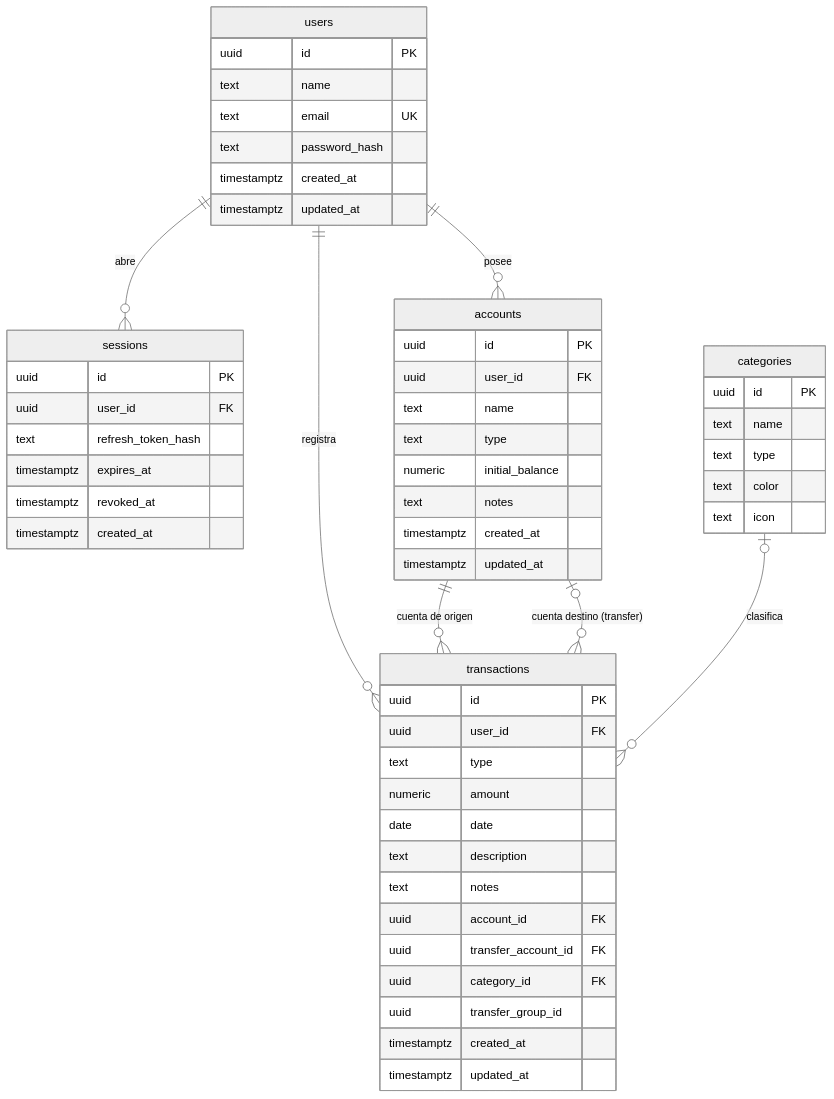
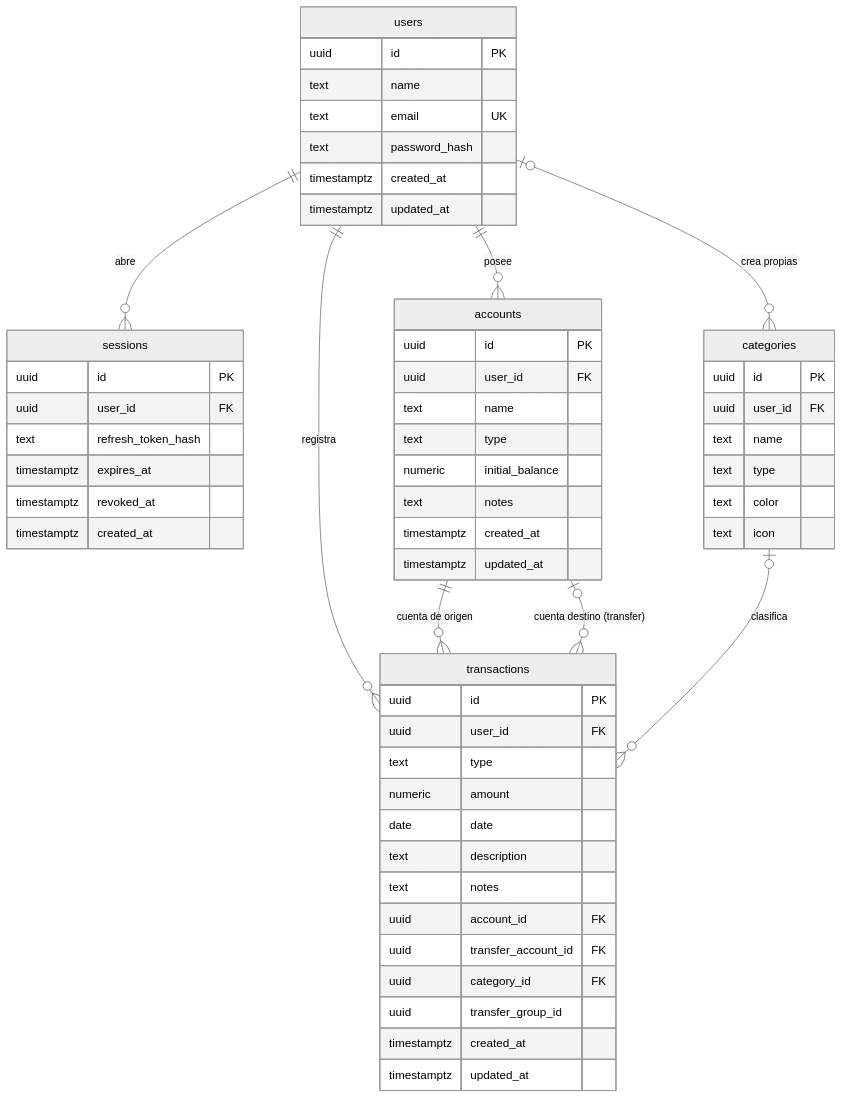
The diagram in docs/architecture/der.md (thomasbarenghi/atlas-finance-unahur), drawn with Mermaid (neutral theme) before and after one commit. The commit also changed other lines of this file and 244 other files, not shown here.

First line of the commit message:
refactor(client,api,docs): colocate route components and add user categories

````diff
--- a/docs/architecture/der.md
+++ b/docs/architecture/der.md
@@ -9,62 +9,64 @@
 ```mermaid
 erDiagram
   users ||--o{ sessions : "abre"
   users ||--o{ accounts : "posee"
   users ||--o{ transactions : "registra"
   accounts ||--o{ transactions : "cuenta de origen"
   accounts |o--o{ transactions : "cuenta destino (transfer)"
+  users |o--o{ categories : "crea propias"
   categories |o--o{ transactions : "clasifica"
 
   users {
     uuid id PK
     text name
     text email UK
     text password_hash
     timestamptz created_at
     timestamptz updated_at
   }
 
   sessions {
     uuid id PK
     uuid user_id FK
     text refresh_token_hash
     timestamptz expires_at
     timestamptz revoked_at
     timestamptz created_at
   }
 
   accounts {
     uuid id PK
     uuid user_id FK
     text name
     text type
     numeric initial_balance
     text notes
     timestamptz created_at
     timestamptz updated_at
   }
 
   categories {
     uuid id PK
+    uuid user_id FK
     text name
     text type
     text color
     text icon
   }
 
   transactions {
     uuid id PK
     uuid user_id FK
     text type
     numeric amount
     date date
     text description
     text notes
     uuid account_id FK
     uuid transfer_account_id FK
     uuid category_id FK
     uuid transfer_group_id
     timestamptz created_at
     timestamptz updated_at
   }
 ```
````
